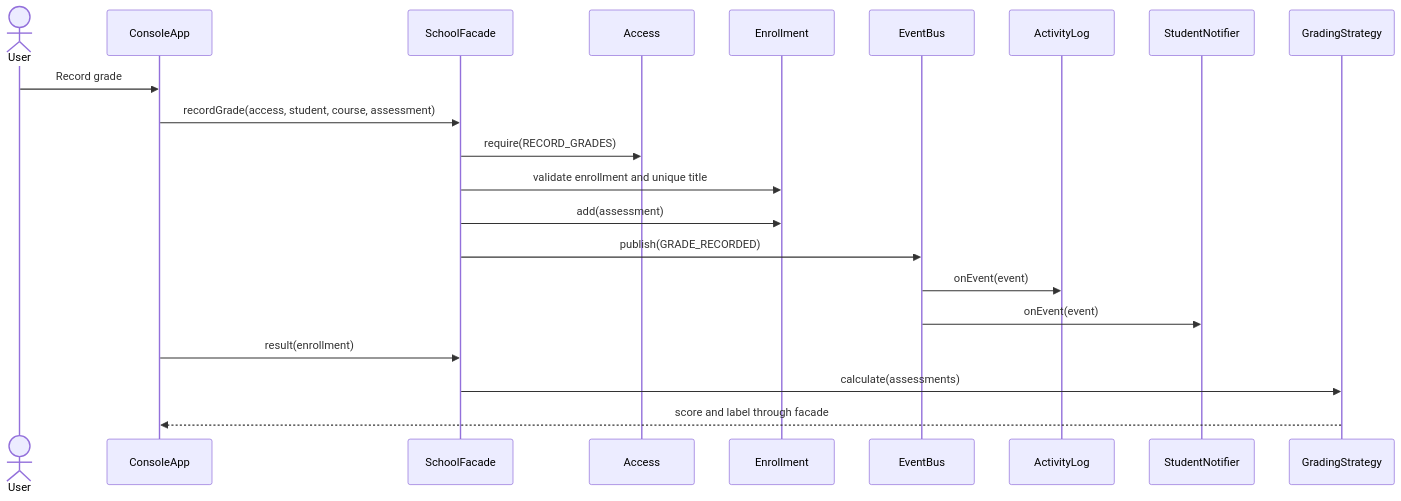
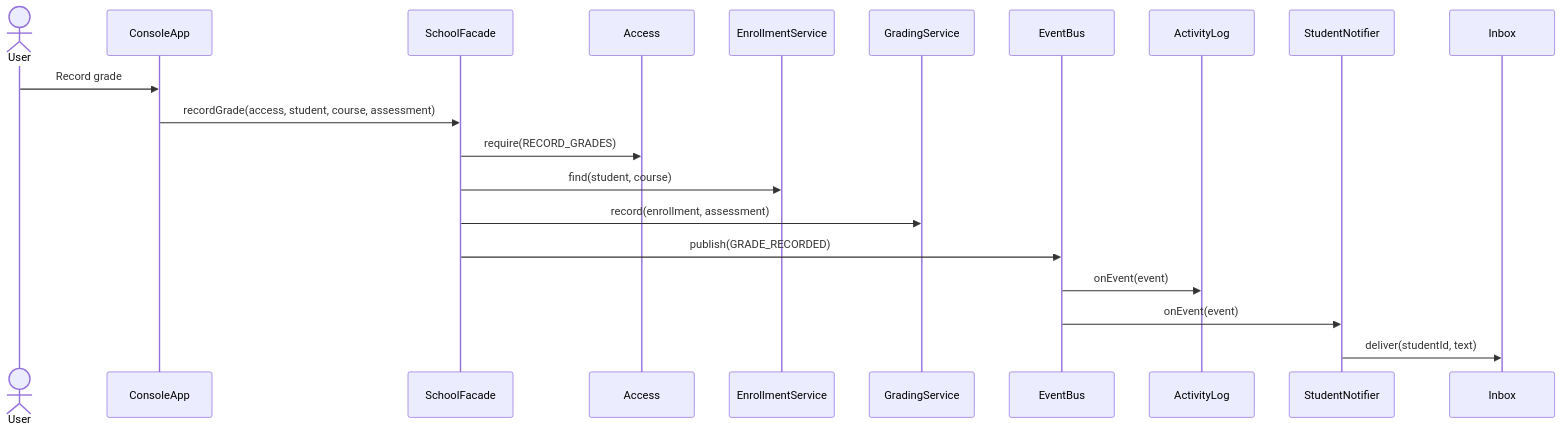
Before and after one commit to Asylstyle/school-management-system: the second of 2 diagrams in docs/architecture.md, drawn with Mermaid. The commit also changed other lines of this file and 6 other files, not shown here.

````diff
--- a/docs/architecture.md
+++ b/docs/architecture.md
@@ -37,23 +57,22 @@
 ```mermaid
 sequenceDiagram
   actor User
   participant UI as ConsoleApp
   participant Facade as SchoolFacade
   participant Access
-  participant Enrollment
+  participant Enrollments as EnrollmentService
+  participant Grades as GradingService
   participant Events as EventBus
   participant Log as ActivityLog
   participant Notifier as StudentNotifier
-  participant Policy as GradingStrategy
+  participant Inbox
   User->>UI: Record grade
   UI->>Facade: recordGrade(access, student, course, assessment)
   Facade->>Access: require(RECORD_GRADES)
-  Facade->>Enrollment: validate enrollment and unique title
-  Facade->>Enrollment: add(assessment)
+  Facade->>Enrollments: find(student, course)
+  Facade->>Grades: record(enrollment, assessment)
   Facade->>Events: publish(GRADE_RECORDED)
   Events->>Log: onEvent(event)
   Events->>Notifier: onEvent(event)
-  UI->>Facade: result(enrollment)
-  Facade->>Policy: calculate(assessments)
-  Policy-->>UI: score and label through facade
+  Notifier->>Inbox: deliver(studentId, text)
 ```
````
